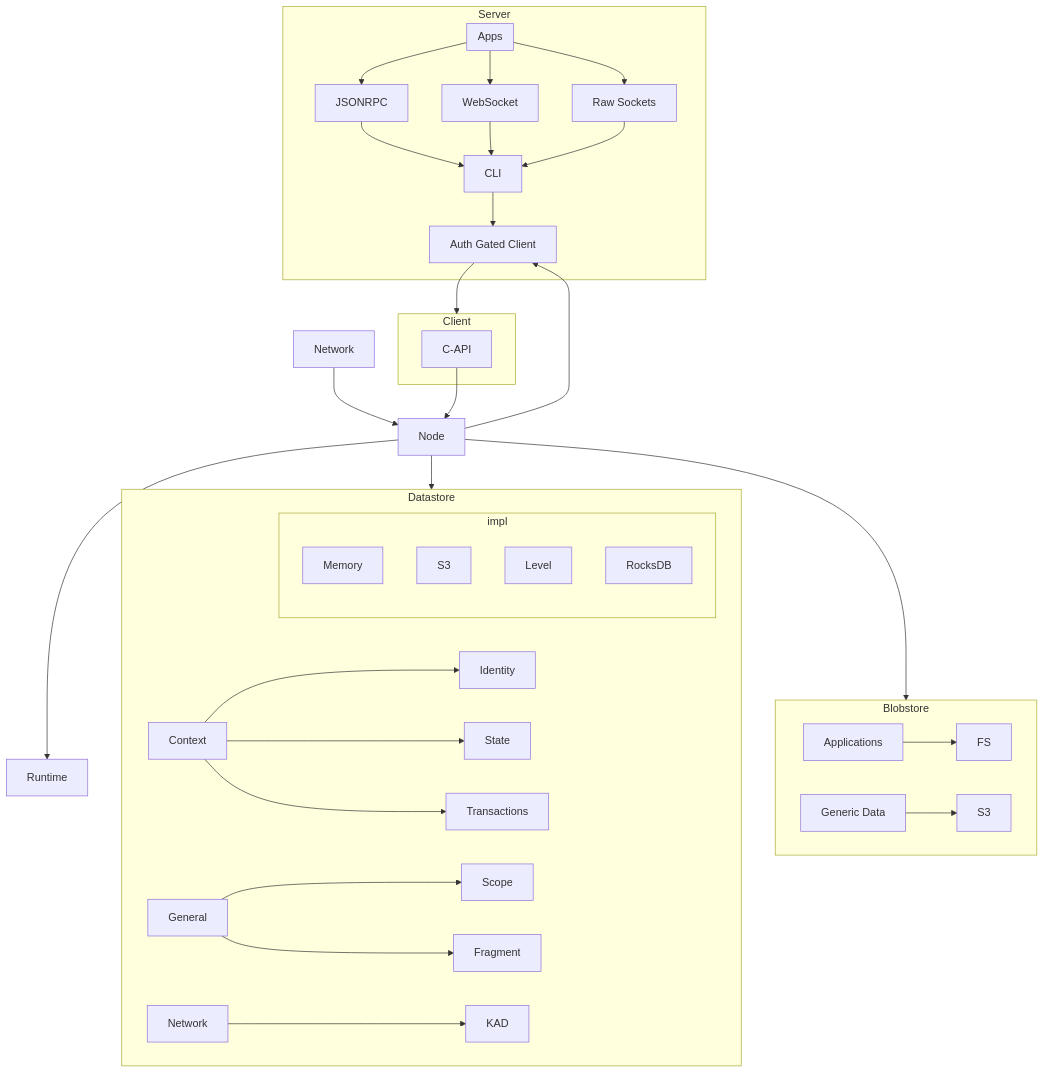
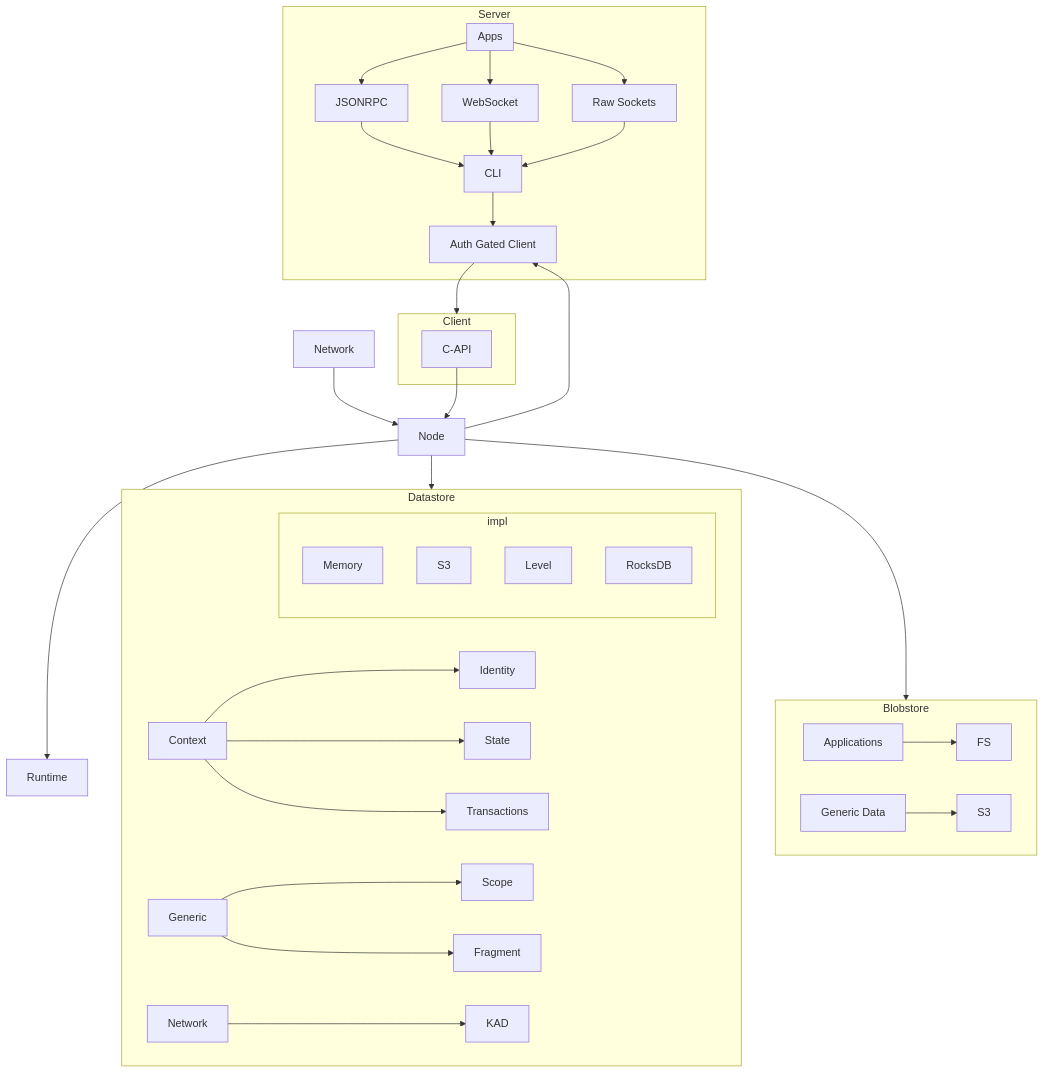
The diagram in README.mdx (calimero-network/core), drawn with Mermaid before and after one commit.

Commit message:
fix: rename General to Generic

````diff
--- a/README.mdx
+++ b/README.mdx
@@ -76,62 +76,62 @@
 ```mermaid
 graph TD
     subgraph Datastore
         DS1[Context]
-        DS2[General]
+        DS2[Generic]
         DS3[Network]
         DS1 --> DS4[Identity]
         DS1 --> DS5[State]
         DS1 --> DS6[Transactions]
         DS2 --> DS7[Scope]
         DS2 --> DS8[Fragment]
         DS3 --> DS9[KAD]
 
         subgraph impl
           DI1[Memory]
           DI2[S3]
           DI3[Level]
           DI4[RocksDB]
         end
     end
 
     subgraph Blobstore
         BS1[FS]
         BS2[S3]
         BS3[Applications]
         BS4[Generic Data]
         BS3 --> BS1
         BS4 --> BS2
     end
 
     Network --> Node
 
     subgraph Client
         C1[C-API]
     end
 
     subgraph Server
         S1[Auth Gated Client]
         S2[CLI]
         S3[JSONRPC]
         S4[WebSocket]
         S5[Raw Sockets]
         S2 --> S1
         S3 --> S2
         S4 --> S2
         S5 --> S2
         Apps --> S3
         Apps --> S4
         Apps --> S5
     end
 
     S1 --> Client
     Node --> Runtime[Runtime]
     Node --> Datastore
     Node --> Blobstore
     C1 --> Node
     Node --> S1
 
     subgraph Apps
     end
 
 ```
````
